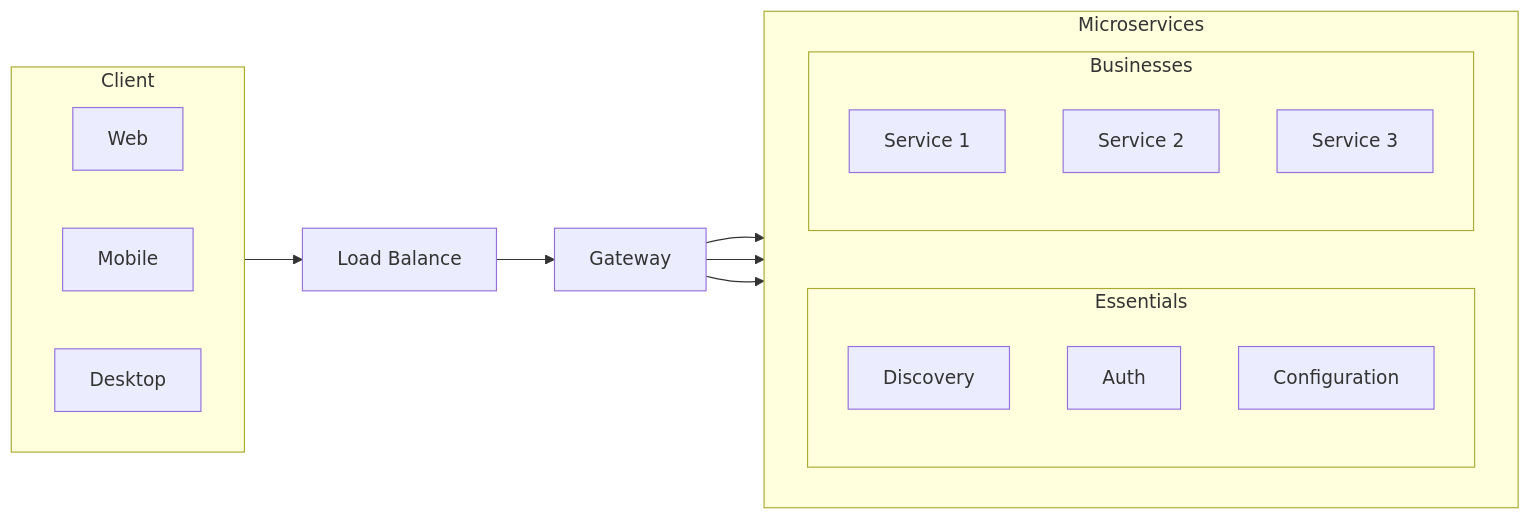
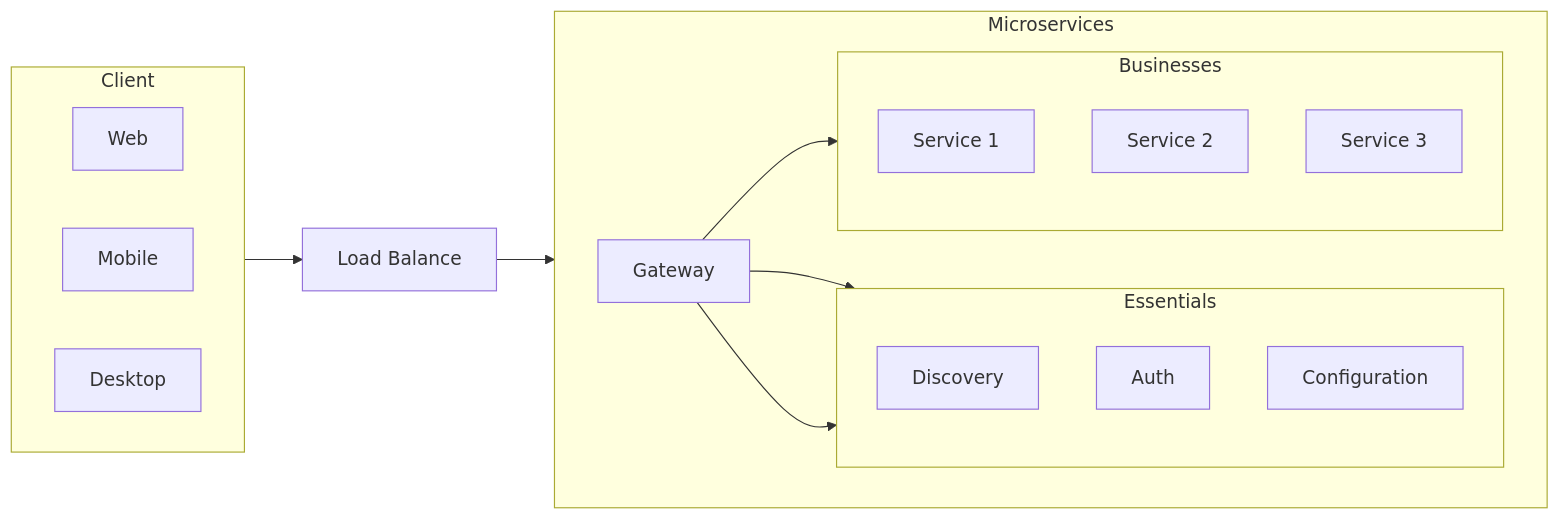
Before and after one commit to hsandmann/platform: the diagram in docs/microservices.md, drawn with Mermaid. The commit also changed 25 other files, not shown here.

````diff
--- a/docs/microservices.md
+++ b/docs/microservices.md
@@ -41,32 +41,33 @@
 ``` mermaid
 flowchart LR
   subgraph Client
     direction LR
     Web
     Mobile
     Desktop
   end
   subgraph Microservices
     direction LR
+    gateway["Gateway"]
     subgraph Essentials
       direction TB
       discovery["Discovery"]
-      security["Auth"]
+      auth["Auth"]
       config["Configuration"]
     end
     subgraph Businesses
       direction TB
       ms1["Service 1"]
       ms2["Service 2"]
       ms3["Service 3"]
     end
   end
-  Client --> lb["Load Balance"] --> gateway["Gateway"] --> Businesses
-  gateway --> security
+  Client --> lb["Load Balance"] --> gateway --> Businesses
+  gateway --> auth
   gateway --> discovery
   click gateway "../gateway/" "Gateway"
   click discovery "../discovery/" "Discovery"
-  click security "../security/" "Security"
+  click auth "../auth-service/" "Auth"
   click config "../config/" "Configuration"
   click lb "../load-balancing/" "Load Balance"
 ```
````
